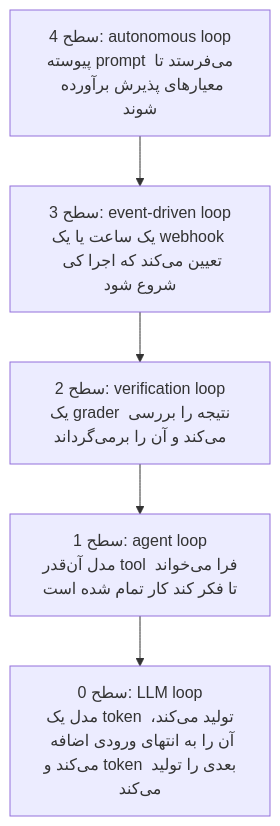
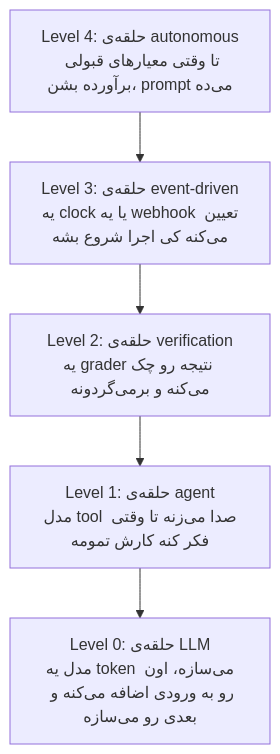
The first of 2 diagrams in mini-courses/2_intermediate/loop_engineering_fa.md (lokumai/ai-engineering-bazaar), drawn with Mermaid before and after one commit. The commit also changed other lines of this file and 63 other files, not shown here.

````diff
--- a/mini-courses/2_intermediate/loop_engineering_fa.md
+++ b/mini-courses/2_intermediate/loop_engineering_fa.md
@@ -31,8 +31,8 @@
 ```mermaid
 graph TD
-    L4["سطح 4: autonomous loop<br/>پیوسته prompt می‌فرستد تا معیارهای پذیرش برآورده شوند"] --> L3
-    L3["سطح 3: event-driven loop<br/>یک ساعت یا یک webhook تعیین می‌کند که اجرا کی شروع شود"] --> L2
-    L2["سطح 2: verification loop<br/>یک grader نتیجه را بررسی می‌کند و آن را برمی‌گرداند"] --> L1
-    L1["سطح 1: agent loop<br/>مدل آن‌قدر tool فرا می‌خواند تا فکر کند کار تمام شده است"] --> L0
-    L0["سطح 0: LLM loop<br/>مدل یک token تولید می‌کند، آن را به انتهای ورودی اضافه می‌کند و token بعدی را تولید می‌کند"]
+    L4["Level 4: حلقه‌ی autonomous<br/>تا وقتی معیارهای قبولی برآورده بشن، prompt می‌ده"] --> L3
+    L3["Level 3: حلقه‌ی event-driven<br/>یه clock یا یه webhook تعیین می‌کنه کی اجرا شروع بشه"] --> L2
+    L2["Level 2: حلقه‌ی verification<br/>یه grader نتیجه رو چک می‌کنه و برمی‌گردونه"] --> L1
+    L1["Level 1: حلقه‌ی agent<br/>مدل tool صدا می‌زنه تا وقتی فکر کنه کارش تمومه"] --> L0
+    L0["Level 0: حلقه‌ی LLM<br/>مدل یه token می‌سازه، اون رو به ورودی اضافه می‌کنه و بعدی رو می‌سازه"]
 ```
````
